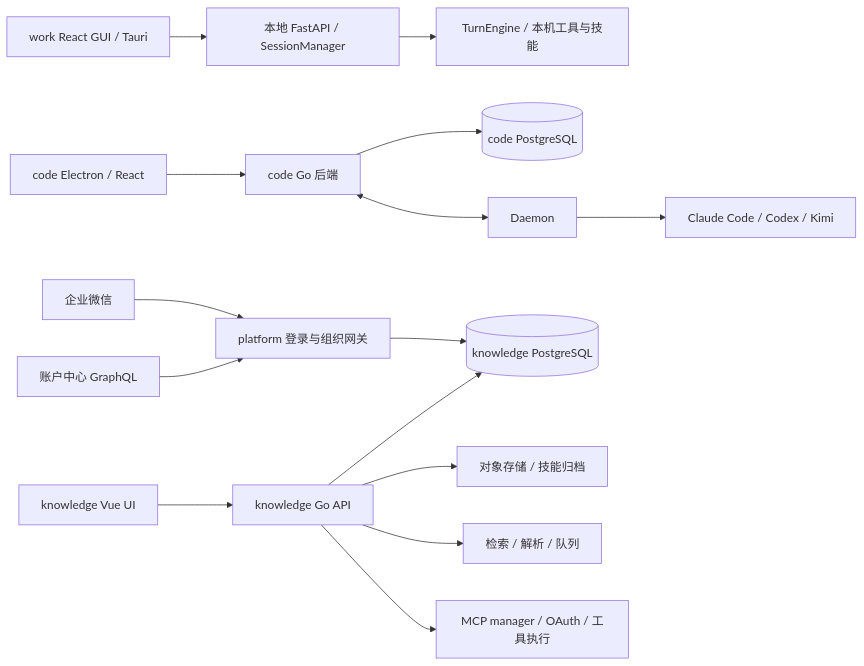
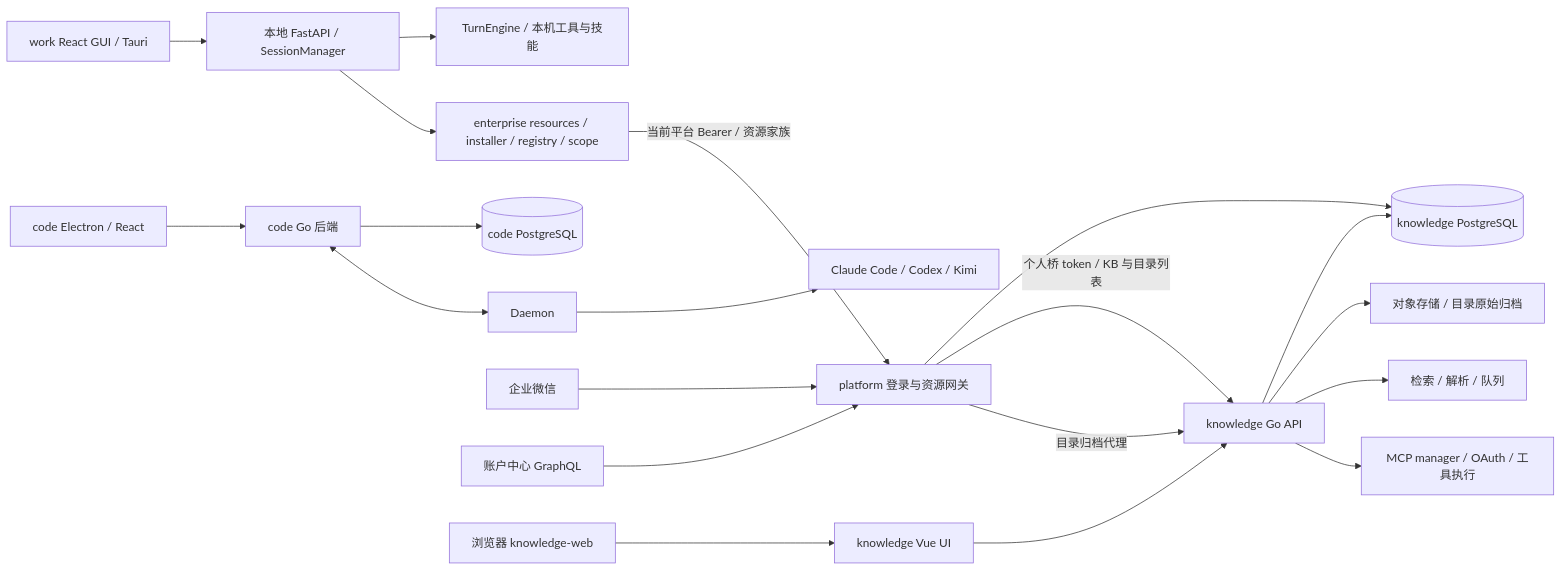
Before and after one commit to shtokendance/work-opc: the second of 2 diagrams in docs/architecture/overview.md, drawn with Mermaid. The commit also changed other lines of this file and 70 other files, not shown here.

````diff
--- a/docs/architecture/overview.md
+++ b/docs/architecture/overview.md
@@ -17,17 +52,22 @@
 ```mermaid
 flowchart LR
   WG[work React GUI / Tauri] --> WS[本地 FastAPI / SessionManager]
   WS --> WE[TurnEngine / 本机工具与技能]
+  WS --> ER[enterprise resources / installer / registry / scope]
+  ER -->|当前平台 Bearer / 资源家族| PG[platform 登录与资源网关]
   CD[code Electron / React] --> CB[code Go 后端]
   CB --> CP[(code PostgreSQL)]
   CB <--> DM[Daemon]
   DM --> CLI[Claude Code / Codex / Kimi]
-  WX[企业微信] --> PG[platform 登录与组织网关]
+  WX[企业微信] --> PG
   AC[账户中心 GraphQL] --> PG
   PG --> KP[(knowledge PostgreSQL)]
   KU[knowledge Vue UI] --> KA[knowledge Go API]
+  PG -->|个人桥 token / KB 与目录列表| KA
+  PG -->|目录归档代理| KA
   KA --> KP
-  KA --> OBJ[对象存储 / 技能归档]
+  KA --> OBJ[对象存储 / 目录原始归档]
   KA --> RAG[检索 / 解析 / 队列]
   KA --> MC[MCP manager / OAuth / 工具执行]
+  B[浏览器 knowledge-web] --> KU
 ```
````
